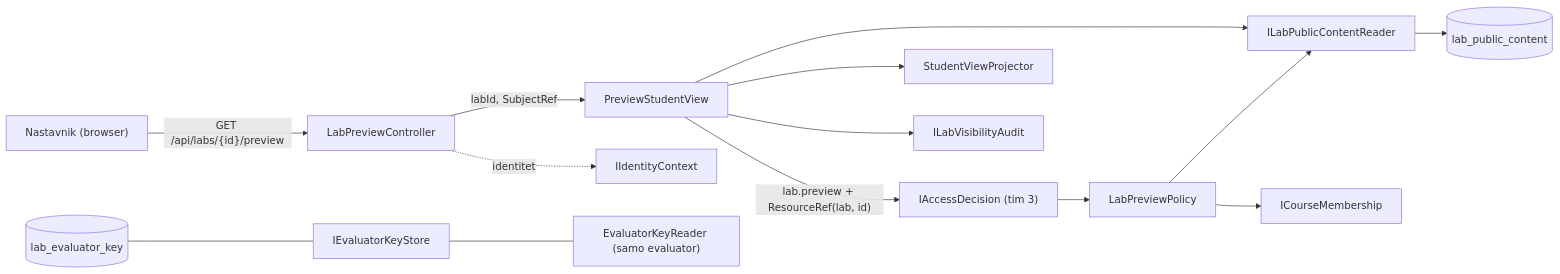
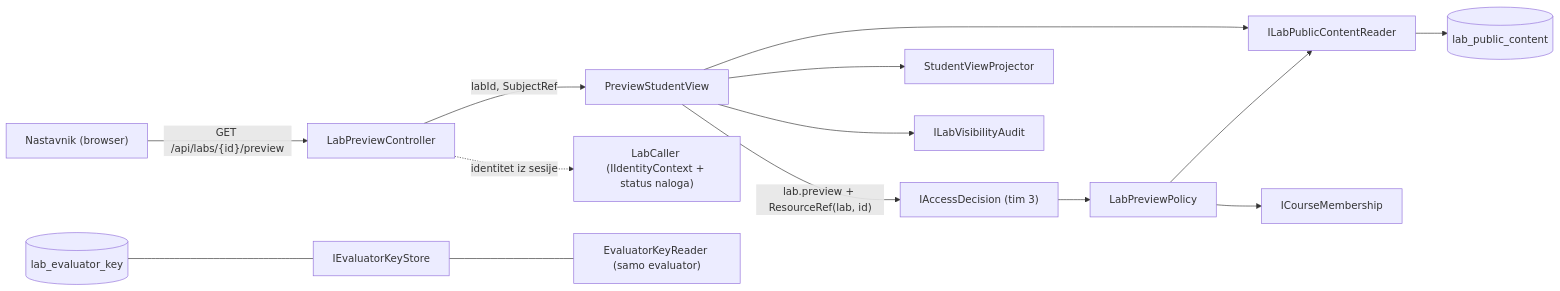
One commit to djufa762x39/security-lab changed the first of 2 diagrams in docs/components/AUT-04-AUT-07/preview.md. Above: the diagram before and after it, drawn with Mermaid. The commit also changed other lines of this file, not shown here.

Commit message:
AUT-07: dokument usklađen sa LabCaller-om i sesijom

````diff
--- a/docs/components/AUT-04-AUT-07/preview.md
+++ b/docs/components/AUT-04-AUT-07/preview.md
@@ -34,16 +35,16 @@
 ```mermaid
 flowchart LR
     Client["Nastavnik (browser)"] -->|"GET /api/labs/{id}/preview"| Ctrl["LabPreviewController"]
     Ctrl -->|"labId, SubjectRef"| UC["PreviewStudentView"]
-    Ctrl -.->|"identitet"| Id["IIdentityContext"]
+    Ctrl -.->|"identitet iz sesije"| Id["LabCaller (IIdentityContext + status naloga)"]
     UC -->|"lab.preview + ResourceRef(lab, id)"| Dec["IAccessDecision (tim 3)"]
     Dec --> Pol["LabPreviewPolicy"]
     Pol --> Reader["ILabPublicContentReader"]
     Pol --> Mem["ICourseMembership"]
     UC --> Reader
     UC --> Proj["StudentViewProjector"]
     UC --> Audit["ILabVisibilityAudit"]
     Reader --> Pub[("lab_public_content")]
     Key[("lab_evaluator_key")] --- KeyStore["IEvaluatorKeyStore"]
     KeyStore --- KeyReader["EvaluatorKeyReader (samo evaluator)"]
 ```
````
